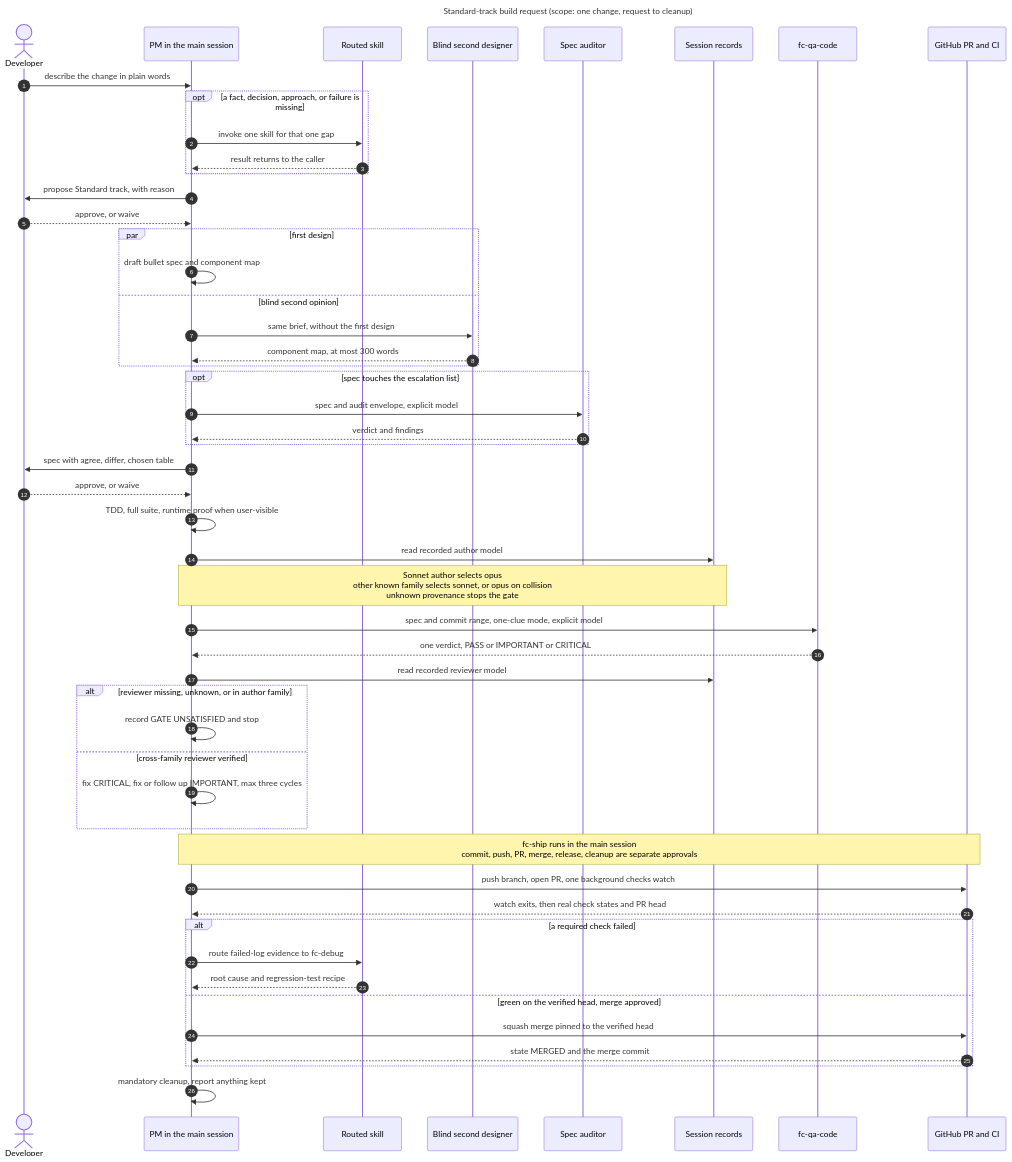
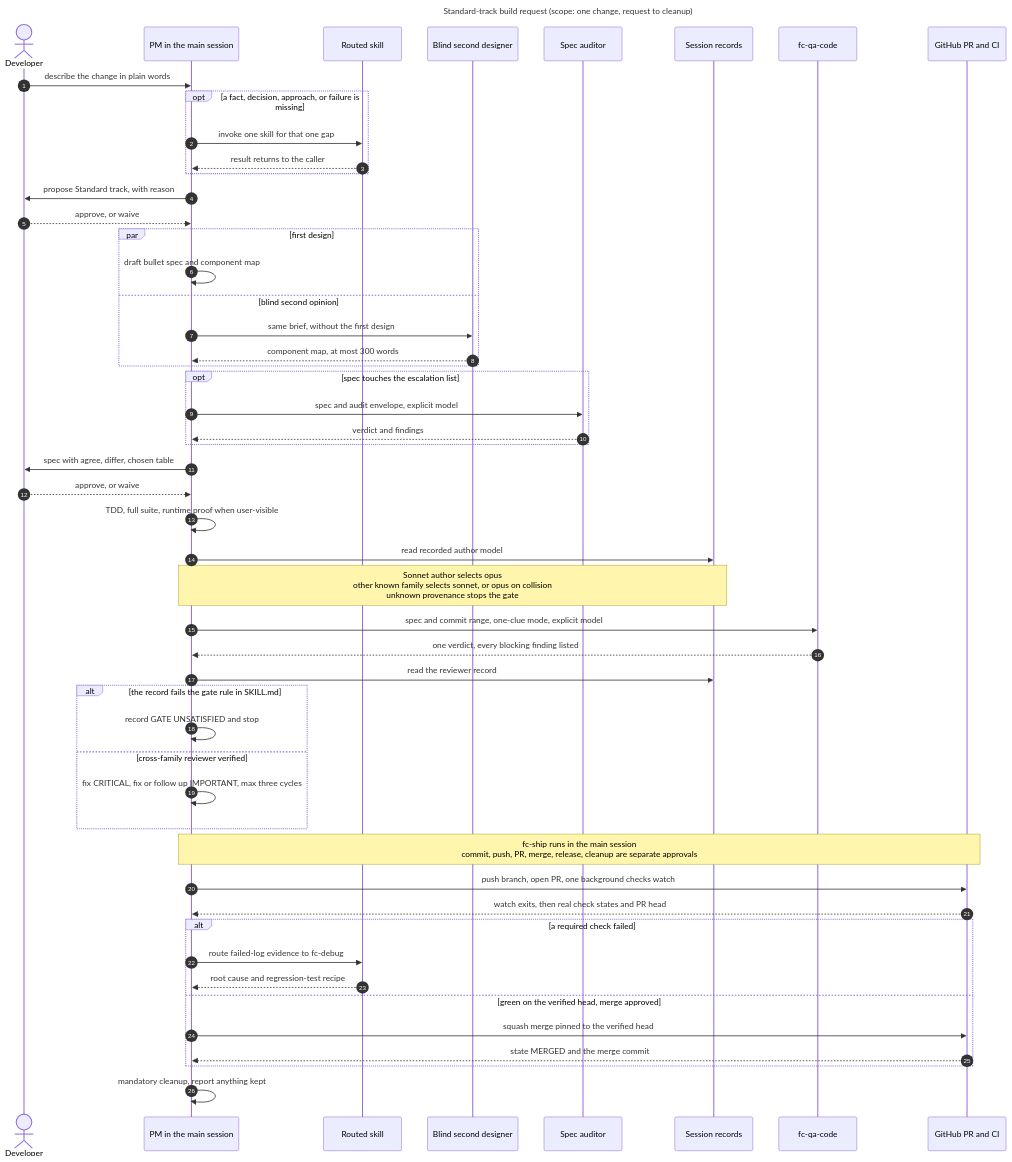
One commit to D0n9X1n/feature-crew changed the second of 2 diagrams in wiki/Architecture.md. Above: the diagram before and after it, drawn with Mermaid. The commit also changed other lines of this file and 14 other files, not shown here.

````diff
--- a/wiki/Architecture.md
+++ b/wiki/Architecture.md
@@ -71,56 +71,56 @@
 ```mermaid
 ---
 title: "Standard-track build request (scope: one change, request to cleanup)"
 ---
 sequenceDiagram
     autonumber
     actor Dev as Developer
     participant PM as PM in the main session
     participant Sub as Routed skill
     participant SD as Blind second designer
     participant Aud as Spec auditor
     participant Rec as Session records
     participant QA as fc-qa-code
     participant GH as GitHub PR and CI
     Dev->>PM: describe the change in plain words
     opt a fact, decision, approach, or failure is missing
         PM->>Sub: invoke one skill for that one gap
         Sub-->>PM: result returns to the caller
     end
     PM->>Dev: propose Standard track, with reason
     Dev-->>PM: approve, or waive
     par first design
         PM->>PM: draft bullet spec and component map
     and blind second opinion
         PM->>SD: same brief, without the first design
         SD-->>PM: component map, at most 300 words
     end
     opt spec touches the escalation list
         PM->>Aud: spec and audit envelope, explicit model
         Aud-->>PM: verdict and findings
     end
     PM->>Dev: spec with agree, differ, chosen table
     Dev-->>PM: approve, or waive
     PM->>PM: TDD, full suite, runtime proof when user-visible
     PM->>Rec: read recorded author model
     Note over PM,Rec: Sonnet author selects opus<br/>other known family selects sonnet, or opus on collision<br/>unknown provenance stops the gate
     PM->>QA: spec and commit range, one-clue mode, explicit model
-    QA-->>PM: one verdict, PASS or IMPORTANT or CRITICAL
-    PM->>Rec: read recorded reviewer model
-    alt reviewer missing, unknown, or in author family
+    QA-->>PM: one verdict, every blocking finding listed
+    PM->>Rec: read the reviewer record
+    alt the record fails the gate rule in SKILL.md
         PM->>PM: record GATE UNSATISFIED and stop
     else cross-family reviewer verified
         PM->>PM: fix CRITICAL, fix or follow up IMPORTANT, max three cycles
     end
     Note over PM,GH: fc-ship runs in the main session<br/>commit, push, PR, merge, release, cleanup are separate approvals
     PM->>GH: push branch, open PR, one background checks watch
     GH-->>PM: watch exits, then real check states and PR head
     alt a required check failed
         PM->>Sub: route failed-log evidence to fc-debug
         Sub-->>PM: root cause and regression-test recipe
     else green on the verified head, merge approved
         PM->>GH: squash merge pinned to the verified head
         GH-->>PM: state MERGED and the merge commit
     end
     PM->>PM: mandatory cleanup, report anything kept
 ```
````
